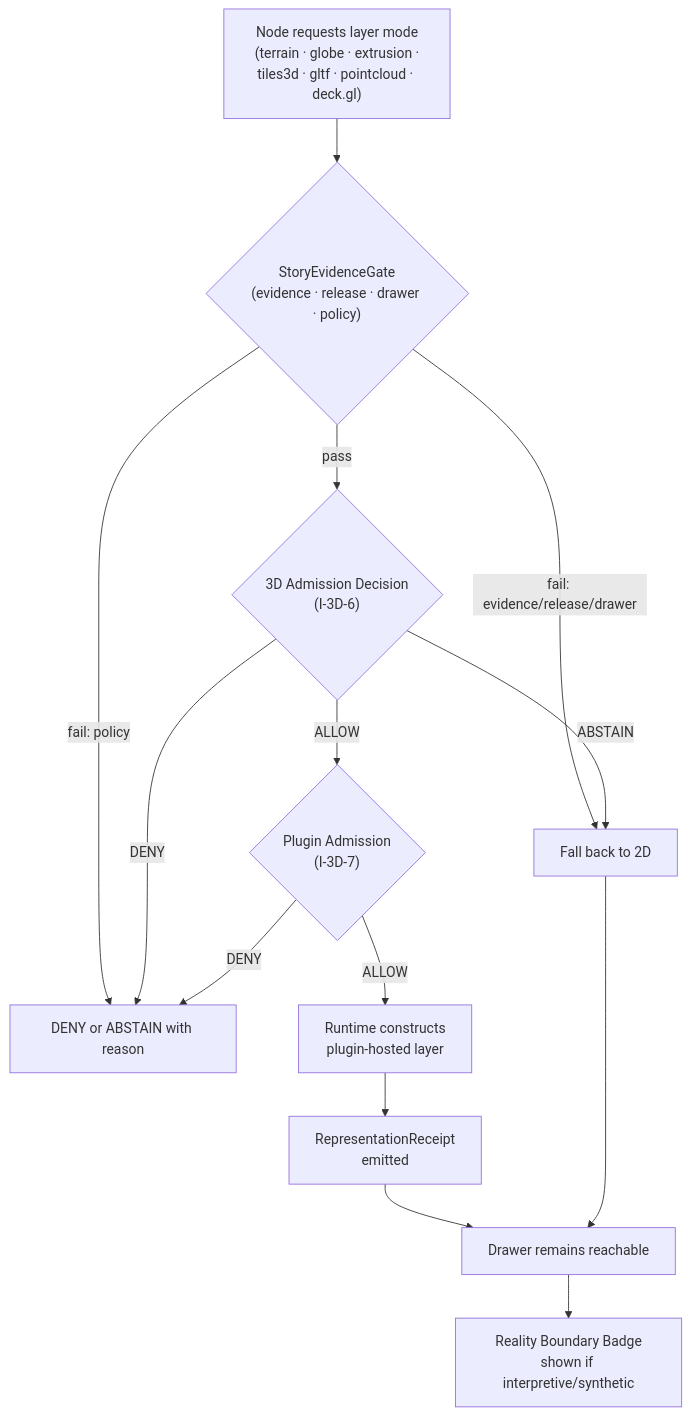
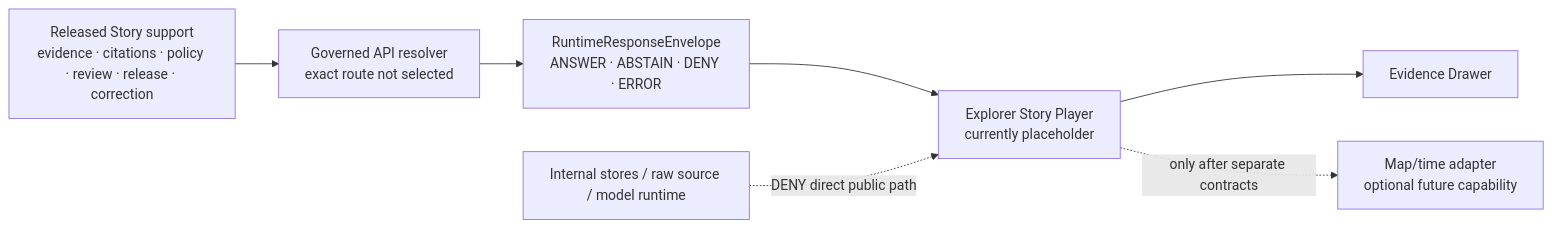
The second of 2 diagrams in docs/architecture/story/README.md (bartytime4life/Kansas-Frontier-Matrix), drawn with Mermaid before and after one commit. The commit also changed other lines of this file, not shown here.

Commit message:
docs(architecture): reconcile Story subsystem state

````diff
--- a/docs/architecture/story/README.md
+++ b/docs/architecture/story/README.md
@@ -483,17 +350,16 @@
 ```mermaid
-flowchart TD
-    A["Node requests layer mode<br/>(terrain · globe · extrusion ·<br/>tiles3d · gltf · pointcloud · deck.gl)"]
-    A --> B{"StoryEvidenceGate<br/>(evidence · release · drawer · policy)"}
-    B -- "fail: evidence/release/drawer" --> D["Fall back to 2D"]
-    B -- "fail: policy" --> E["DENY or ABSTAIN with reason"]
-    B -- pass --> C{"3D Admission Decision<br/>(I-3D-6)"}
-    C -- DENY --> E
-    C -- ABSTAIN --> D
-    C -- ALLOW --> P{"Plugin Admission<br/>(I-3D-7)"}
-    P -- DENY --> E
-    P -- ALLOW --> M["Runtime constructs<br/>plugin-hosted layer"]
-    M --> R["RepresentationReceipt<br/>emitted"]
-    R --> F["Drawer remains reachable"]
-    D --> F
-    F --> S["Reality Boundary Badge<br/>shown if interpretive/synthetic"]
+flowchart LR
+    R["Released Story support<br/>evidence · citations · policy · review · release · correction"]
+    API["Governed API resolver<br/>exact route not selected"]
+    E["RuntimeResponseEnvelope<br/>ANSWER · ABSTAIN · DENY · ERROR"]
+    P["Explorer Story Player<br/>currently placeholder"]
+    D["Evidence Drawer"]
+    M["Map/time adapter<br/>optional future capability"]
+
+    R --> API --> E --> P
+    P --> D
+    P -. only after separate contracts .-> M
+
+    I["Internal stores / raw source / model runtime"]
+    I -. DENY direct public path .-> P
 ```
````
